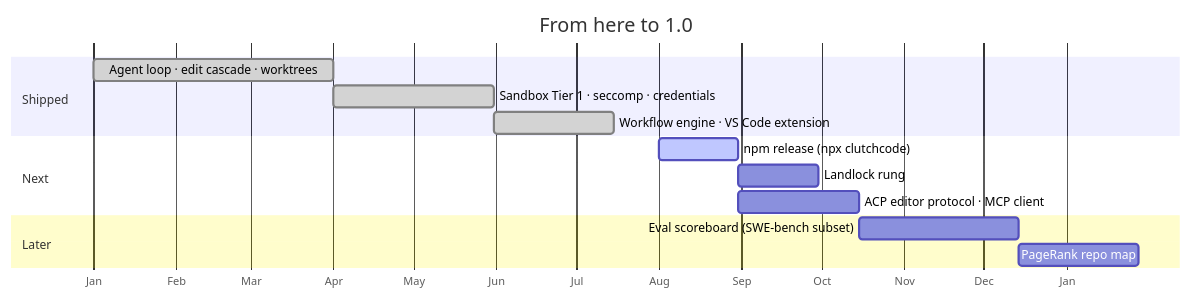
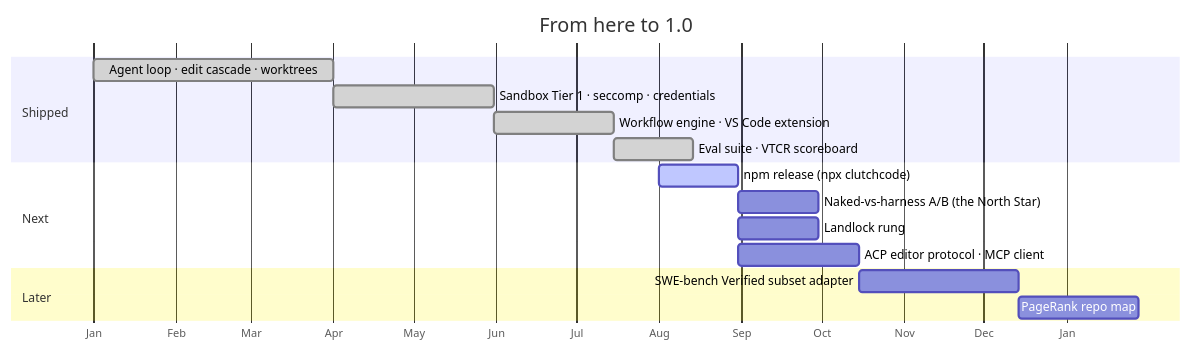
Before and after one commit to Derric01/ClutchCode: the third of 3 diagrams in README.md, drawn with Mermaid. The commit also changed other lines of this file and 54 other files, not shown here.

````diff
--- a/README.md
+++ b/README.md
@@ -307,17 +310,19 @@
 ```mermaid
 gantt
     dateFormat YYYY-MM-DD
     axisFormat %b
     title From here to 1.0
     section Shipped
         Agent loop · edit cascade · worktrees   :done, a1, 2026-01-01, 90d
         Sandbox Tier 1 · seccomp · credentials  :done, a2, after a1, 60d
         Workflow engine · VS Code extension      :done, a3, after a2, 45d
+        Eval suite · VTCR scoreboard             :done, a4, after a3, 30d
     section Next
         npm release (npx clutchcode)            :active, b1, 2026-08-01, 30d
-        Landlock rung                           :b2, after b1, 30d
-        ACP editor protocol · MCP client         :b3, after b1, 45d
+        Naked-vs-harness A/B (the North Star)   :b2, after b1, 30d
+        Landlock rung                           :b3, after b1, 30d
+        ACP editor protocol · MCP client         :b4, after b1, 45d
     section Later
-        Eval scoreboard (SWE-bench subset)      :c1, after b3, 60d
+        SWE-bench Verified subset adapter       :c1, after b4, 60d
         PageRank repo map                       :c2, after c1, 45d
 ```
````
